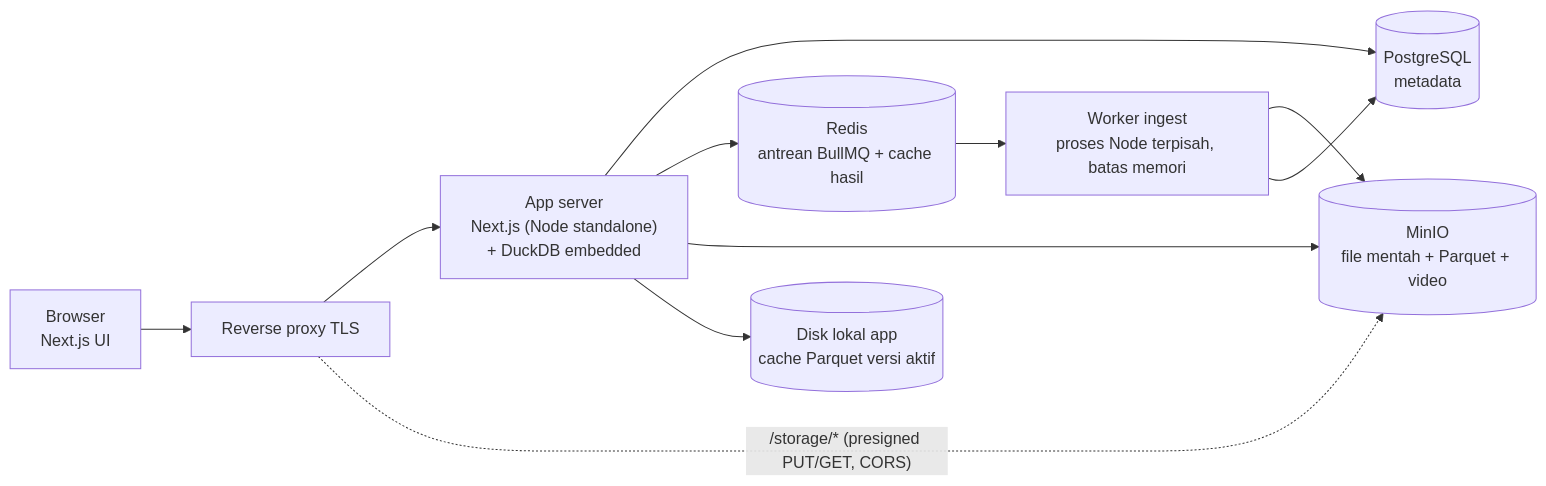
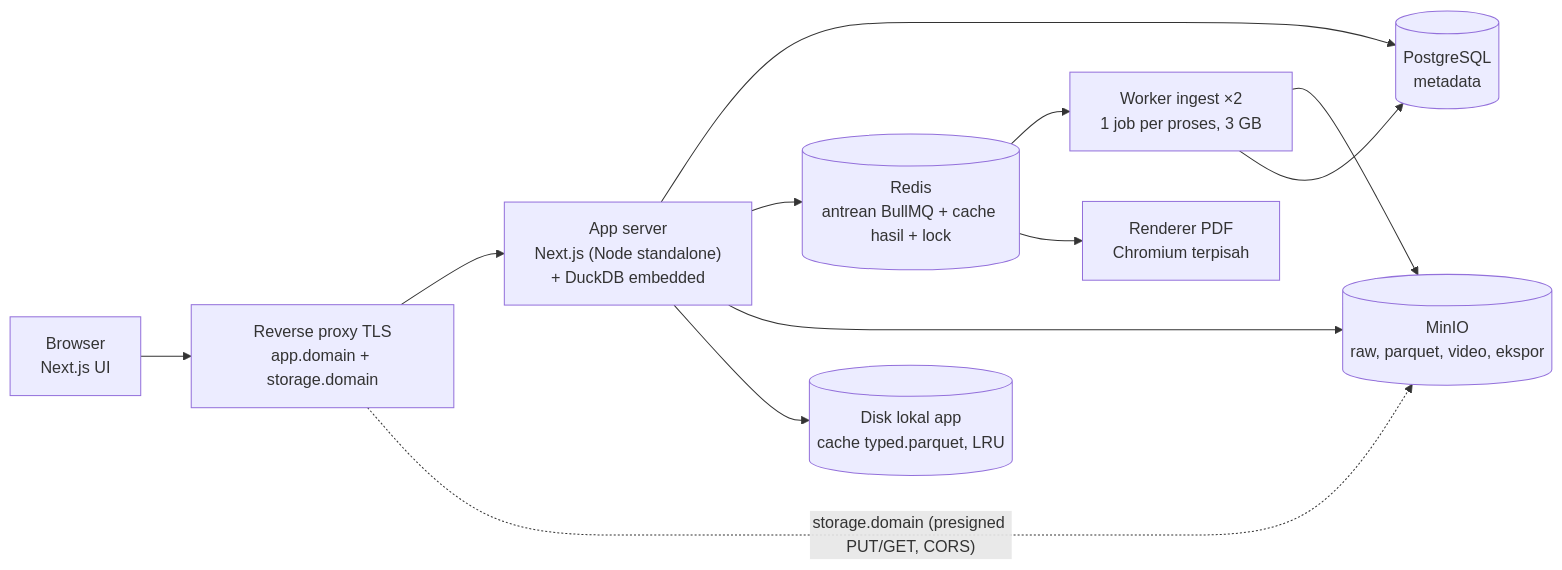
One commit to anas-fikri/data-dashboard changed the sixth of 9 diagrams in docs/flow-kerja.md. Above: the diagram before and after it, drawn with Mermaid. The commit also changed other lines of this file and 53 other files, not shown here.

First line of the commit message:
docs: revisi 3 flow kerja + 24 task hasil review adversarial

````diff
--- a/docs/flow-kerja.md
+++ b/docs/flow-kerja.md
@@ -121,13 +126,14 @@
 ```mermaid
 flowchart LR
-  B["Browser<br/>Next.js UI"] --> RP["Reverse proxy TLS"]
+  B["Browser<br/>Next.js UI"] --> RP["Reverse proxy TLS<br/>app.domain + storage.domain"]
   RP --> A["App server<br/>Next.js (Node standalone)<br/>+ DuckDB embedded"]
-  RP -. "/storage/* (presigned PUT/GET, CORS)" .-> MO[("MinIO<br/>file mentah + Parquet + video")]
+  RP -. "storage.domain (presigned PUT/GET, CORS)" .-> MO[("MinIO<br/>raw, parquet, video, ekspor")]
   A --> PG[("PostgreSQL<br/>metadata")]
-  A --> RD[("Redis<br/>antrean BullMQ + cache hasil")]
-  RD --> WK["Worker ingest<br/>proses Node terpisah, batas memori"]
+  A --> RD[("Redis<br/>antrean BullMQ + cache hasil + lock")]
+  RD --> WK["Worker ingest ×2<br/>1 job per proses, 3 GB"]
+  RD --> RN["Renderer PDF<br/>Chromium terpisah"]
   WK --> MO
   WK --> PG
   A --> MO
-  A --> LC[("Disk lokal app<br/>cache Parquet versi aktif")]
+  A --> LC[("Disk lokal app<br/>cache typed.parquet, LRU")]
 ```
````
